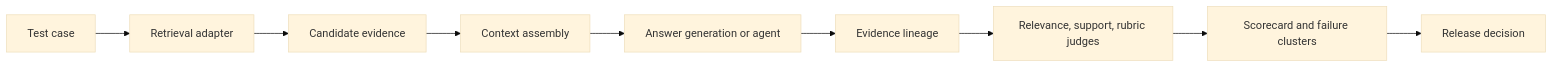
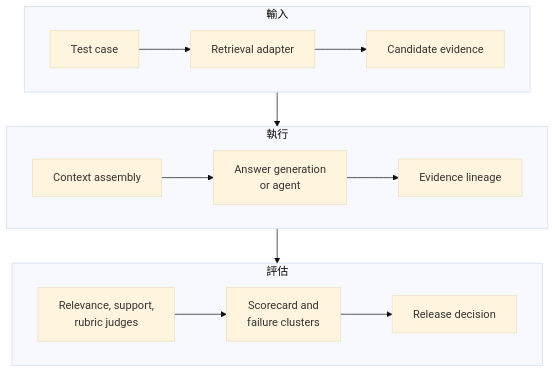
The diagram in src/content/blog/85-trec-rag-2026-rag-evaluation-harness.md (poirotw66/poirotw66.github.io), drawn with Mermaid (base theme) before and after one commit. The commit also changed 4 other files, not shown here.

Commit message:
Improve Mermaid diagram responsiveness

````diff
--- a/src/content/blog/85-trec-rag-2026-rag-evaluation-harness.md
+++ b/src/content/blog/85-trec-rag-2026-rag-evaluation-harness.md
@@ -37,11 +37,20 @@
 ```mermaid
-flowchart LR
-  T["Test case"] --> R["Retrieval adapter"]
-  R --> C["Candidate evidence"]
-  C --> X["Context assembly"]
-  X --> G["Answer generation or agent"]
-  G --> L["Evidence lineage"]
-  L --> J["Relevance, support, rubric judges"]
-  J --> S["Scorecard and failure clusters"]
-  S --> D["Release decision"]
+flowchart TB
+  subgraph INPUT["輸入"]
+    direction LR
+    T["Test case"] --> R["Retrieval adapter"]
+    R --> C["Candidate evidence"]
+  end
+  subgraph EXECUTION["執行"]
+    direction LR
+    X["Context assembly"] --> G["Answer generation<br/>or agent"]
+    G --> L["Evidence lineage"]
+  end
+  subgraph EVALUATION["評估"]
+    direction LR
+    J["Relevance, support,<br/>rubric judges"] --> S["Scorecard and<br/>failure clusters"]
+    S --> D["Release decision"]
+  end
+  INPUT --> EXECUTION
+  EXECUTION --> EVALUATION
 ```
````
